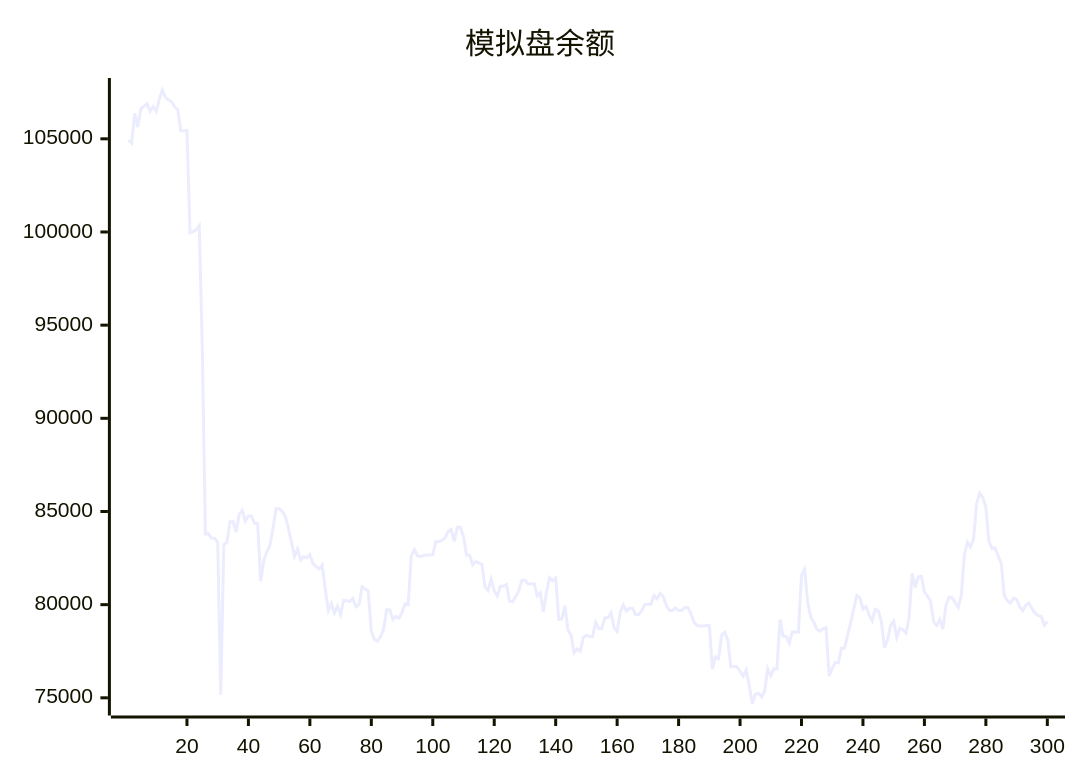
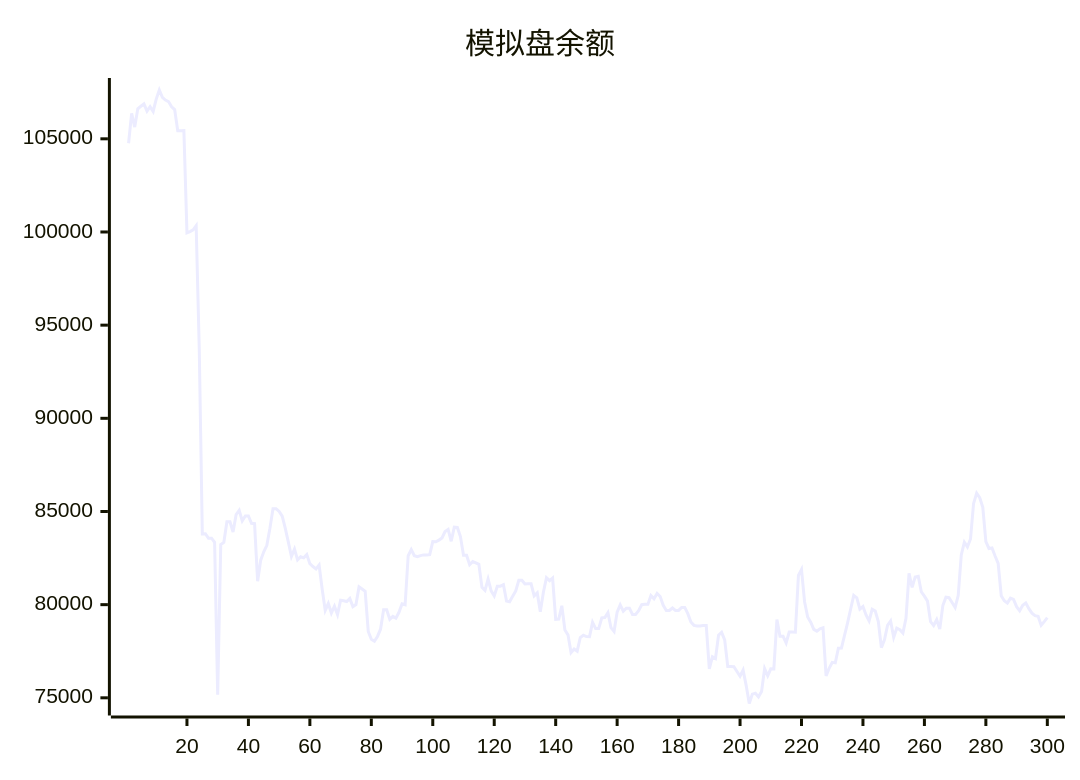
The diagram in README.md (aahl/ai-trading), drawn with Mermaid before and after one commit. The commit also changed other lines of this file and 1 other file, not shown here.

````diff
--- a/README.md
+++ b/README.md
@@ -5,5 +5,5 @@
 ```mermaid
 xychart
     title "模拟盘余额"
-    line [104924,104762,106364,105628,106608,106748,106872,106485,106721,106468,107132,107620,107224,107080,107001,106717,106567,105431,105431,105440,99950,100017,100113,100337,93749,83795,83807,83567,83567,83342,75168,83222,83336,84448,84449,83896,84839,85065,84499,84757,84757,84364,84347,81254,82385,82835,83184,84099,85150,85150,85002,84751,84096,83356,82582,82983,82404,82572,82512,82688,82200,82047,81920,82125,80840,79688,80060,79552,79920,79470,80236,80208,80170,80336,79894,80006,80954,80837,80712,78561,78139,78037,78293,78682,79720,79720,79214,79372,79279,79591,80046,79993,82625,82950,82626,82571,82633,82670,82670,82681,83386,83378,83464,83579,83920,84037,83402,84160,84142,83652,82655,82655,82145,82315,82243,82163,80934,80770,81371,80742,80468,80989,80989,81067,80191,80155,80450,80737,81309,81309,81106,81119,81119,80471,80631,79624,80670,81448,81290,81429,79212,79222,79940,78643,78380,77432,77623,77504,78235,78358,78284,78277,79048,78714,78714,79290,79308,79567,78763,78563,79603,79988,79652,79813,79813,79476,79469,79673,79995,80015,80015,80486,80314,80600,80436,79966,79689,79689,79819,79692,79692,79850,79850,79518,79071,78889,78850,78850,78878,78878,76554,77202,77103,78357,78510,78106,76678,76677,76672,76411,76159,76485,75656,74695,75197,75246,75052,75334,76564,76179,76553,76551,79196,78300,78300,77944,78531,78531,78521,81564,81884,80160,79335,79055,78675,78580,78708,78764,76179,76586,76902,76876,77658,77669,78346,79023,79769,80497,80366,79761,79896,79448,79126,79749,79658,79097,77695,78114,78888,79126,78249,78738,78653,78478,79271,81680,80923,81488,81527,80681,80455,80190,79084,78879,79193,78686,79954,80403,80374,80118,79848,80491,82665,83351,83098,83525,85430,85983,85737,85221,83378,83014,83043,82613,82216,80477,80208,80081,80348,80277,79894,79670,79965,80093,79786,79542,79406,79371,78893,79087]
+    line [104762,106364,105628,106608,106748,106872,106485,106721,106468,107132,107620,107224,107080,107001,106717,106567,105431,105431,105440,99950,100017,100113,100337,93749,83795,83807,83567,83567,83342,75168,83222,83336,84448,84449,83896,84839,85065,84499,84757,84757,84364,84347,81254,82385,82835,83184,84099,85150,85150,85002,84751,84096,83356,82582,82983,82404,82572,82512,82688,82200,82047,81920,82125,80840,79688,80060,79552,79920,79470,80236,80208,80170,80336,79894,80006,80954,80837,80712,78561,78139,78037,78293,78682,79720,79720,79214,79372,79279,79591,80046,79993,82625,82950,82626,82571,82633,82670,82670,82681,83386,83378,83464,83579,83920,84037,83402,84160,84142,83652,82655,82655,82145,82315,82243,82163,80934,80770,81371,80742,80468,80989,80989,81067,80191,80155,80450,80737,81309,81309,81106,81119,81119,80471,80631,79624,80670,81448,81290,81429,79212,79222,79940,78643,78380,77432,77623,77504,78235,78358,78284,78277,79048,78714,78714,79290,79308,79567,78763,78563,79603,79988,79652,79813,79813,79476,79469,79673,79995,80015,80015,80486,80314,80600,80436,79966,79689,79689,79819,79692,79692,79850,79850,79518,79071,78889,78850,78850,78878,78878,76554,77202,77103,78357,78510,78106,76678,76677,76672,76411,76159,76485,75656,74695,75197,75246,75052,75334,76564,76179,76553,76551,79196,78300,78300,77944,78531,78531,78521,81564,81884,80160,79335,79055,78675,78580,78708,78764,76179,76586,76902,76876,77658,77669,78346,79023,79769,80497,80366,79761,79896,79448,79126,79749,79658,79097,77695,78114,78888,79126,78249,78738,78653,78478,79271,81680,80923,81488,81527,80681,80455,80190,79084,78879,79193,78686,79954,80403,80374,80118,79848,80491,82665,83351,83098,83525,85430,85983,85737,85221,83378,83014,83043,82613,82216,80477,80208,80081,80348,80277,79894,79670,79965,80093,79786,79542,79406,79371,78893,79087,79304]
 ```
````
